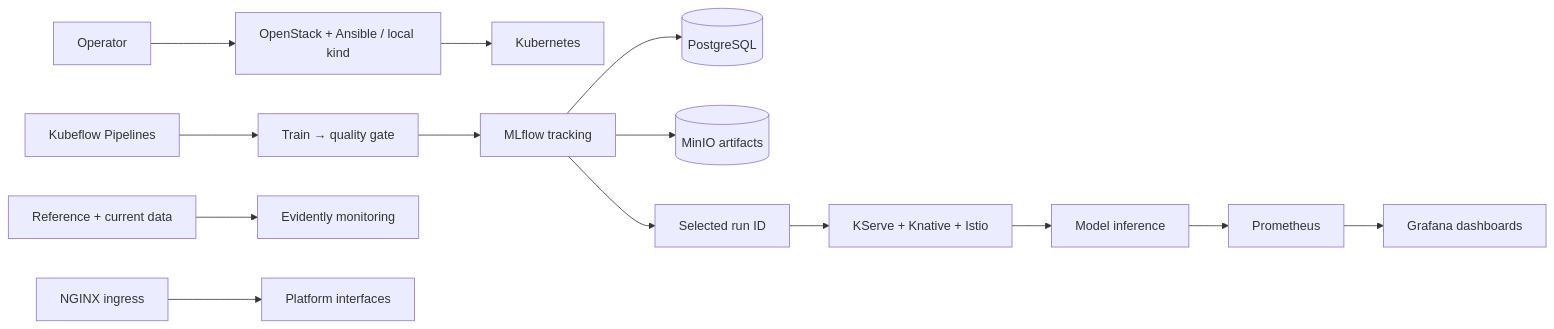
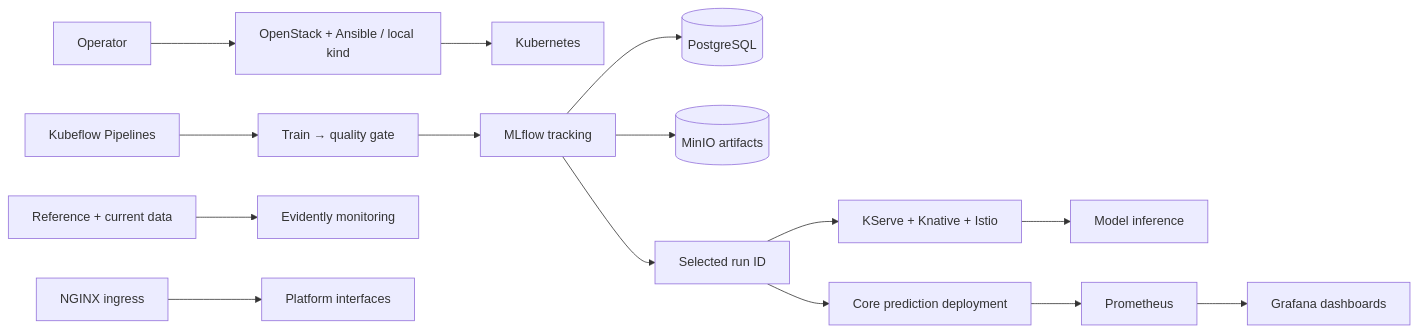
One commit to VillaforTech/kubernetes-mlops-platform changed the diagram in README.md. Above: the diagram before and after it, drawn with Mermaid. The commit also changed other lines of this file and 4 other files, not shown here.

````diff
--- a/README.md
+++ b/README.md
@@ -16,16 +18,17 @@
 ```mermaid
 flowchart LR
     Operator[Operator] --> Provision[OpenStack + Ansible / local kind]
     Provision --> K8s[Kubernetes]
     KFP[Kubeflow Pipelines] --> Train[Train → quality gate]
     Train --> MLflow[MLflow tracking]
     MLflow --> PG[(PostgreSQL)]
     MLflow --> S3[(MinIO artifacts)]
     MLflow --> Model[Selected run ID]
     Model --> KServe[KServe + Knative + Istio]
     KServe --> API[Model inference]
-    API --> Prom[Prometheus]
+    Model --> Core[Core prediction deployment]
+    Core --> Prom[Prometheus]
     Prom --> Grafana[Grafana dashboards]
     Data[Reference + current data] --> Evidently[Evidently monitoring]
     NGINX[NGINX ingress] --> UIs[Platform interfaces]
 ```
````
